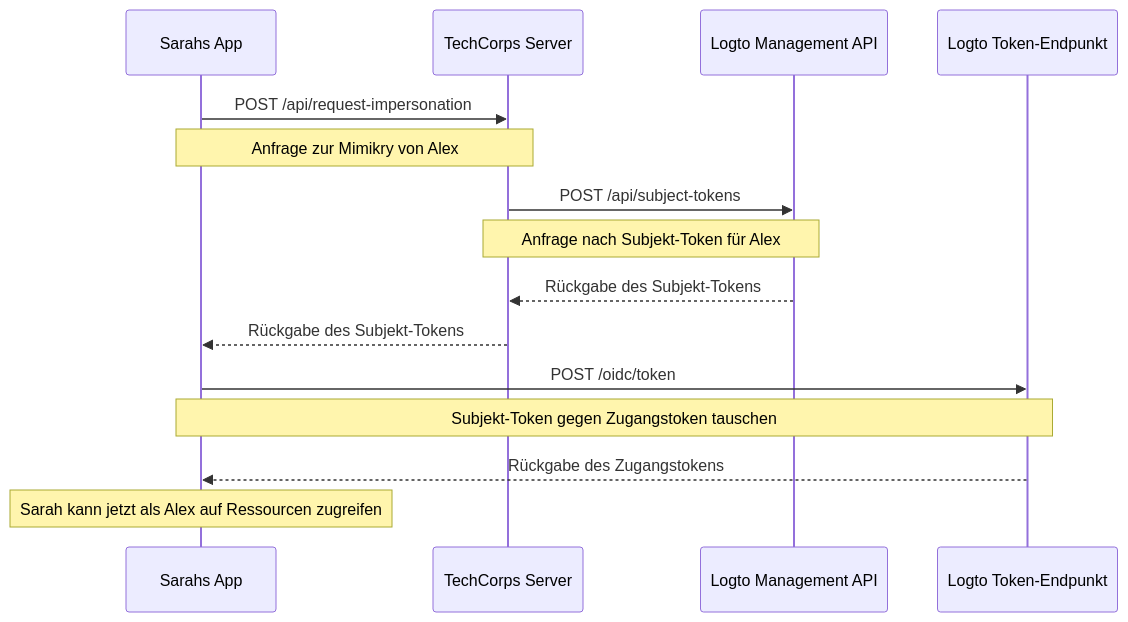
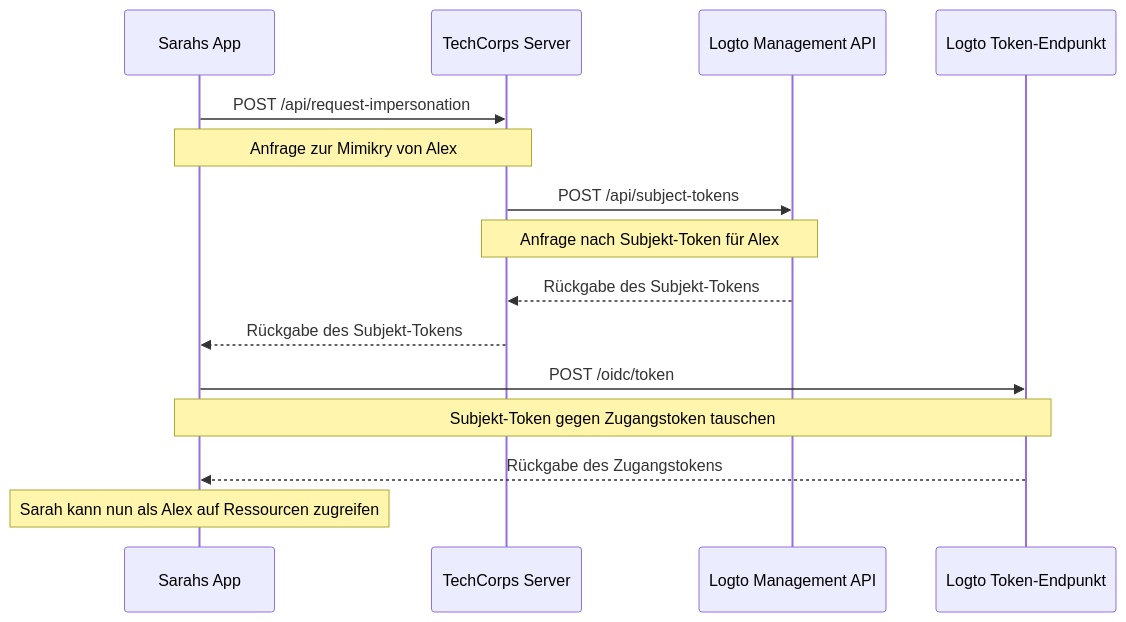
One commit to logto-io/docs changed the diagram in i18n/de/docusaurus-plugin-content-docs/current/developers/user-impersonation.mdx. Above: the diagram before and after it, drawn with Mermaid. The commit also changed other lines of this file and 53 other files, not shown here.

````diff
--- a/i18n/de/docusaurus-plugin-content-docs/current/developers/user-impersonation.mdx
+++ b/i18n/de/docusaurus-plugin-content-docs/current/developers/user-impersonation.mdx
@@ -16,22 +18,22 @@
 ```mermaid
 sequenceDiagram
     participant Sarah as Sarahs App
     participant TechCorp as TechCorps Server
     participant Logto as Logto Management API
     participant LogtoToken as Logto Token-Endpunkt
 
     Sarah->>TechCorp: POST /api/request-impersonation
     Note over Sarah,TechCorp: Anfrage zur Mimikry von Alex
 
     TechCorp->>Logto: POST /api/subject-tokens
     Note over TechCorp,Logto: Anfrage nach Subjekt-Token für Alex
 
     Logto-->>TechCorp: Rückgabe des Subjekt-Tokens
     TechCorp-->>Sarah: Rückgabe des Subjekt-Tokens
 
     Sarah->>LogtoToken: POST /oidc/token
     Note over Sarah,LogtoToken: Subjekt-Token gegen Zugangstoken tauschen
 
     LogtoToken-->>Sarah: Rückgabe des Zugangstokens
-    Note over Sarah: Sarah kann jetzt als Alex auf Ressourcen zugreifen
+    Note over Sarah: Sarah kann nun als Alex auf Ressourcen zugreifen
 ```
````
